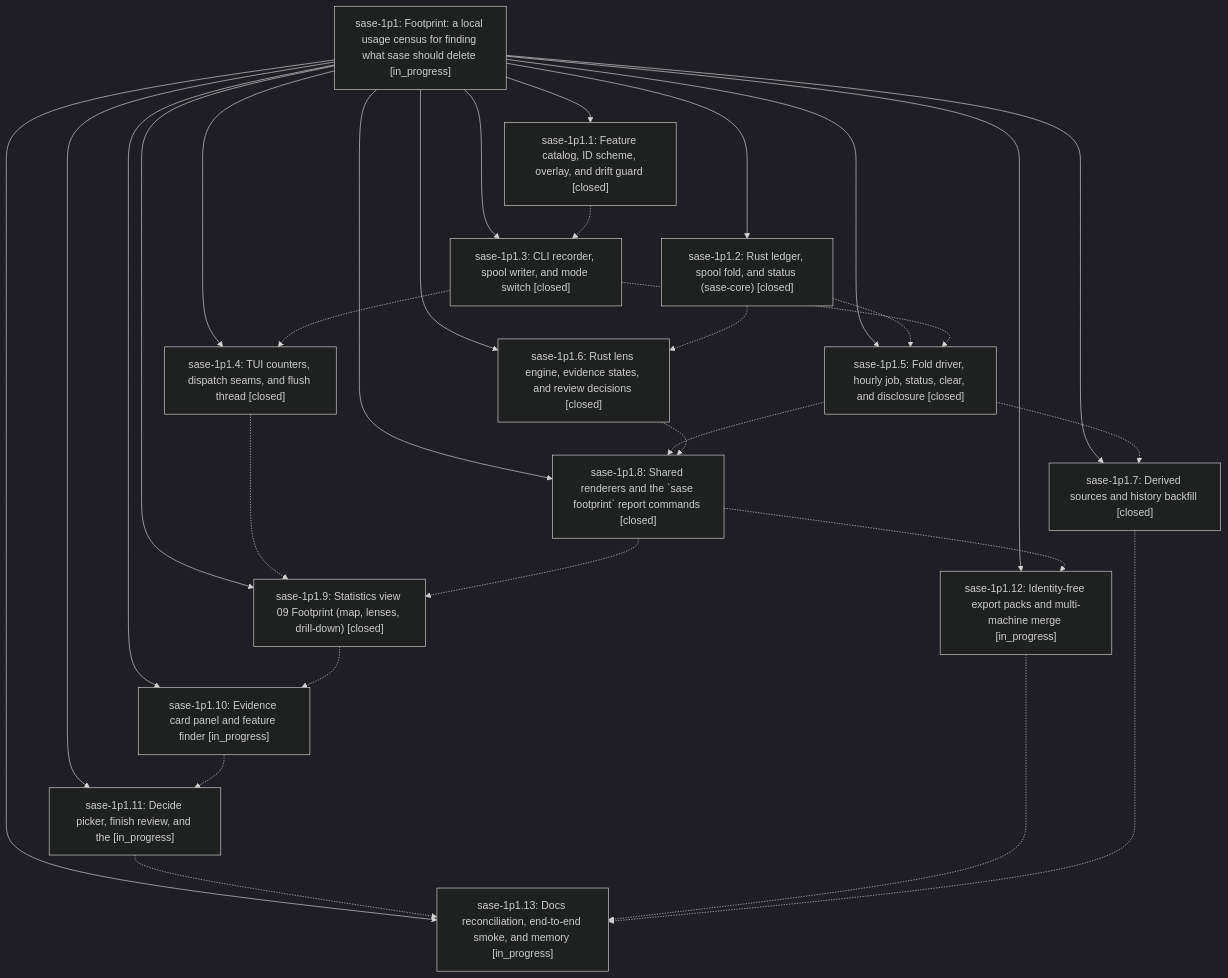
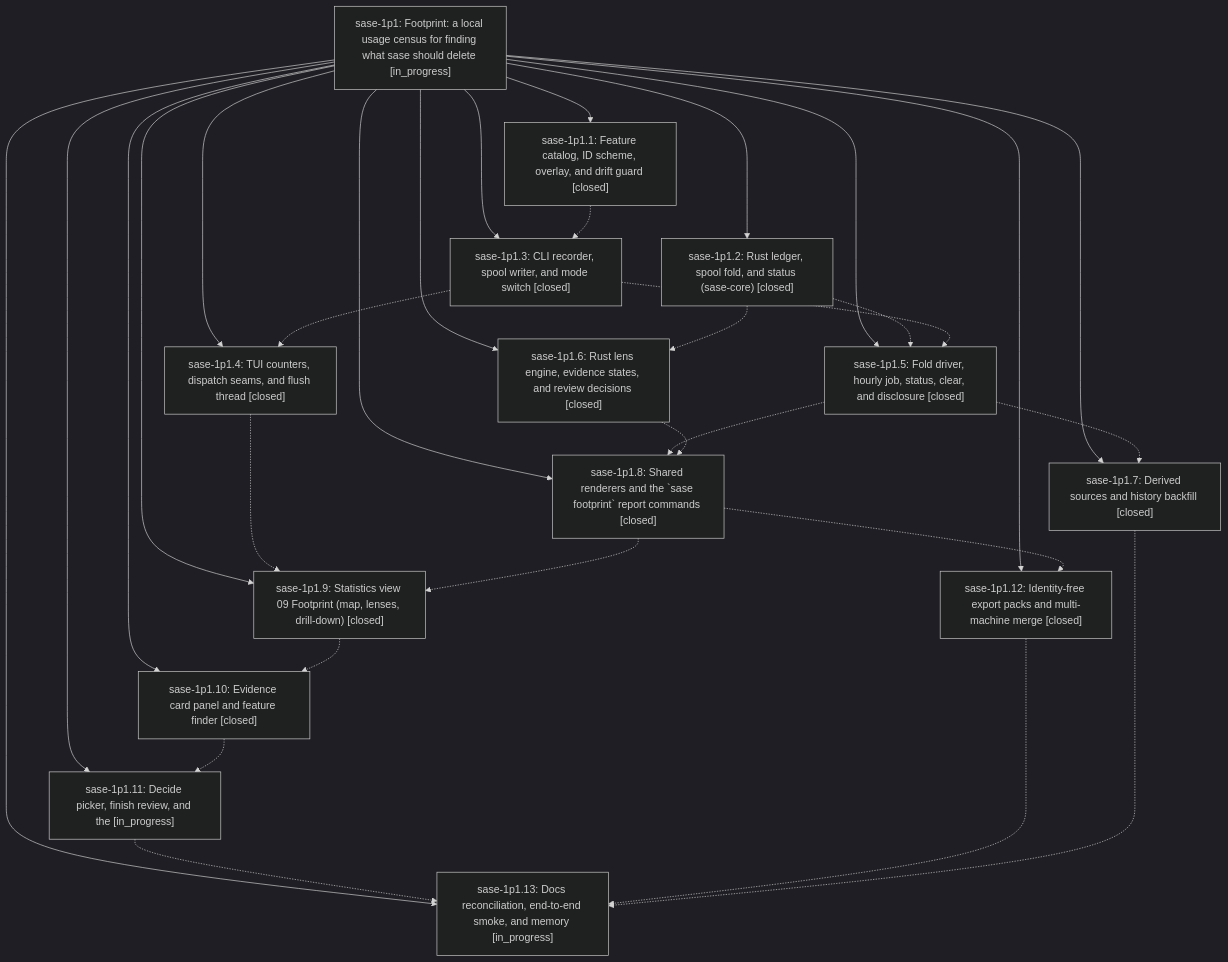
The diagram in pages/sase-1p1/README.md (sase-org/sase--beads), drawn with Mermaid (dark theme) before and after one commit. The commit also changed other lines of this file and 6 other files, not shown here.

````diff
--- a/pages/sase-1p1/README.md
+++ b/pages/sase-1p1/README.md
@@ -59,46 +59,46 @@
 ```mermaid
 flowchart TD
     n0["sase-1p1: Footprint: a local usage census for finding what sase should delete [in_progress]"]
     n1["sase-1p1.1: Feature catalog, ID scheme, overlay, and drift guard [closed]"]
-    n2["sase-1p1.10: Evidence card panel and feature finder [in_progress]"]
+    n2["sase-1p1.10: Evidence card panel and feature finder [closed]"]
     n3["sase-1p1.11: Decide picker, finish review, and the [in_progress]"]
-    n4["sase-1p1.12: Identity-free export packs and multi-machine merge [in_progress]"]
+    n4["sase-1p1.12: Identity-free export packs and multi-machine merge [closed]"]
     n5["sase-1p1.13: Docs reconciliation, end-to-end smoke, and memory [in_progress]"]
     n6["sase-1p1.2: Rust ledger, spool fold, and status (sase-core) [closed]"]
     n7["sase-1p1.3: CLI recorder, spool writer, and mode switch [closed]"]
     n8["sase-1p1.4: TUI counters, dispatch seams, and flush thread [closed]"]
     n9["sase-1p1.5: Fold driver, hourly job, status, clear, and disclosure [closed]"]
     n10["sase-1p1.6: Rust lens engine, evidence states, and review decisions [closed]"]
     n11["sase-1p1.7: Derived sources and history backfill [closed]"]
     n12["sase-1p1.8: Shared renderers and the `sase footprint` report commands [closed]"]
     n13["sase-1p1.9: Statistics view 09 Footprint (map, lenses, drill-down) [closed]"]
     n0 --> n1
     n0 --> n2
     n0 --> n3
     n0 --> n4
     n0 --> n5
     n0 --> n6
     n0 --> n7
     n0 --> n8
     n0 --> n9
     n0 --> n10
     n0 --> n11
     n0 --> n12
     n0 --> n13
     n1 -.-> n7
     n2 -.-> n3
     n3 -.-> n5
     n4 -.-> n5
     n6 -.-> n9
     n6 -.-> n10
     n7 -.-> n8
     n7 -.-> n9
     n8 -.-> n13
     n9 -.-> n11
     n9 -.-> n12
     n10 -.-> n12
     n11 -.-> n5
     n12 -.-> n4
     n12 -.-> n13
     n13 -.-> n2
 ```
````
